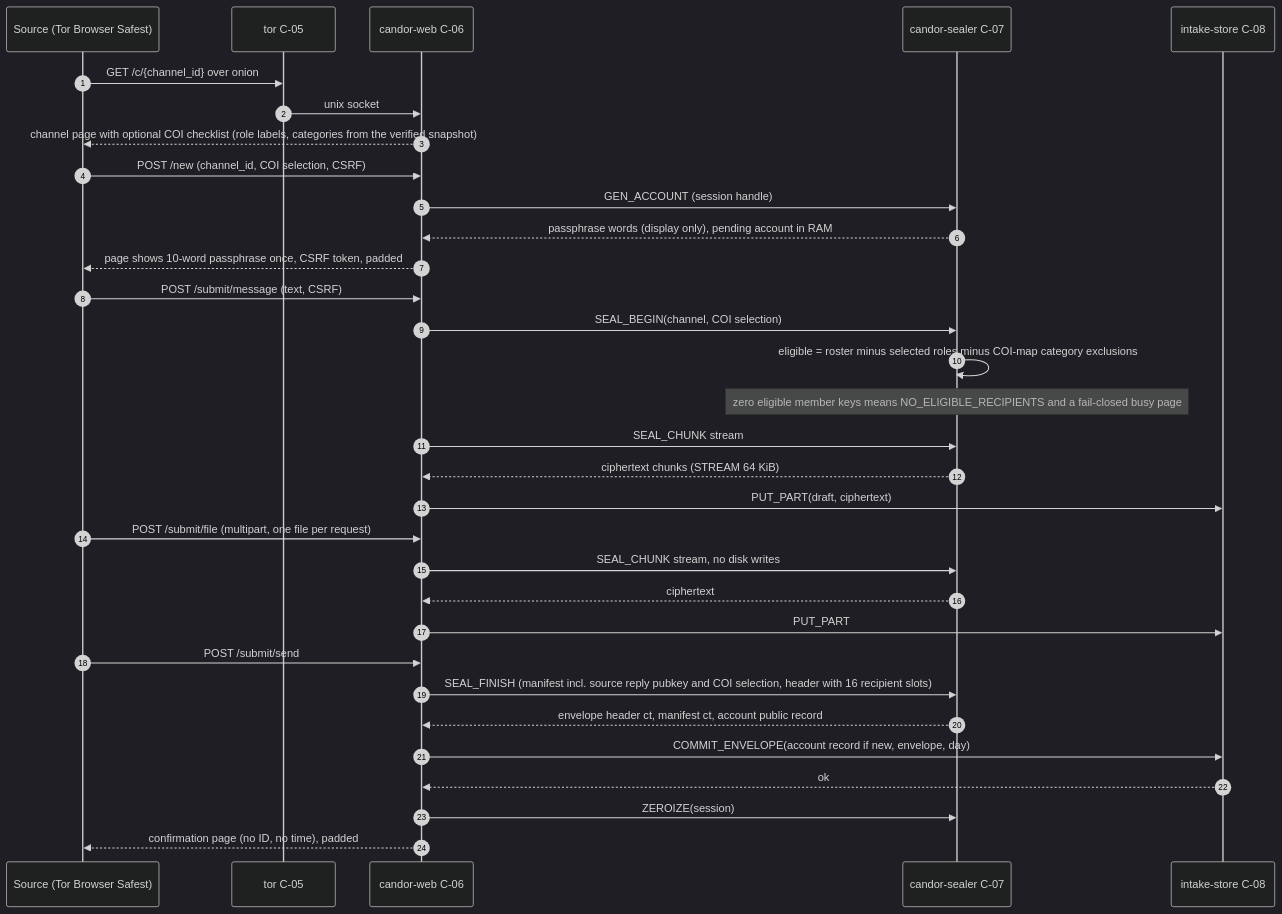
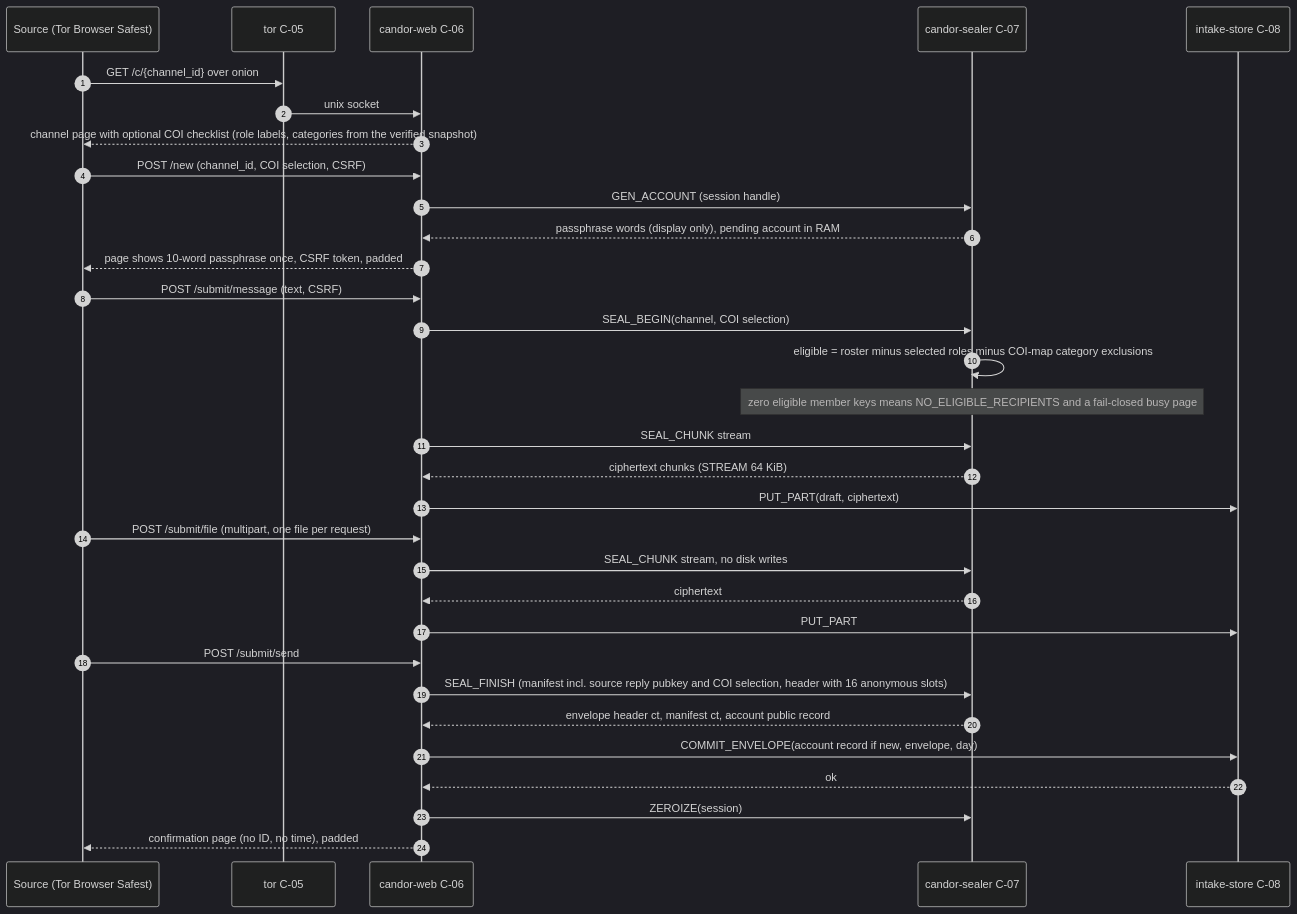
One commit to djshellshoxxx/leaks changed the sixth of 12 diagrams in specs/06-SYSTEM-ARCHITECTURE.md. Above: the diagram before and after it, drawn with Mermaid (dark theme). The commit also changed other lines of this file and 17 other files, not shown here.

````diff
--- a/specs/06-SYSTEM-ARCHITECTURE.md
+++ b/specs/06-SYSTEM-ARCHITECTURE.md
@@ -339,34 +341,34 @@
 ```mermaid
 sequenceDiagram
   autonumber
   participant S as Source (Tor Browser Safest)
   participant T as tor C-05
   participant W as candor-web C-06
   participant L as candor-sealer C-07
   participant I as intake-store C-08
   S->>T: GET /c/{channel_id} over onion
   T->>W: unix socket
   W-->>S: channel page with optional COI checklist (role labels, categories from the verified snapshot)
   S->>W: POST /new (channel_id, COI selection, CSRF)
   W->>L: GEN_ACCOUNT (session handle)
   L-->>W: passphrase words (display only), pending account in RAM
   W-->>S: page shows 10-word passphrase once, CSRF token, padded
   S->>W: POST /submit/message (text, CSRF)
   W->>L: SEAL_BEGIN(channel, COI selection)
   L->>L: eligible = roster minus selected roles minus COI-map category exclusions
   Note over L: zero eligible member keys means NO_ELIGIBLE_RECIPIENTS and a fail-closed busy page
   W->>L: SEAL_CHUNK stream
   L-->>W: ciphertext chunks (STREAM 64 KiB)
   W->>I: PUT_PART(draft, ciphertext)
   S->>W: POST /submit/file (multipart, one file per request)
   W->>L: SEAL_CHUNK stream, no disk writes
   L-->>W: ciphertext
   W->>I: PUT_PART
   S->>W: POST /submit/send
-  W->>L: SEAL_FINISH (manifest incl. source reply pubkey and COI selection, header with 16 recipient slots)
+  W->>L: SEAL_FINISH (manifest incl. source reply pubkey and COI selection, header with 16 anonymous slots)
   L-->>W: envelope header ct, manifest ct, account public record
   W->>I: COMMIT_ENVELOPE(account record if new, envelope, day)
   I-->>W: ok
   W->>L: ZEROIZE(session)
   W-->>S: confirmation page (no ID, no time), padded
 ```
````
